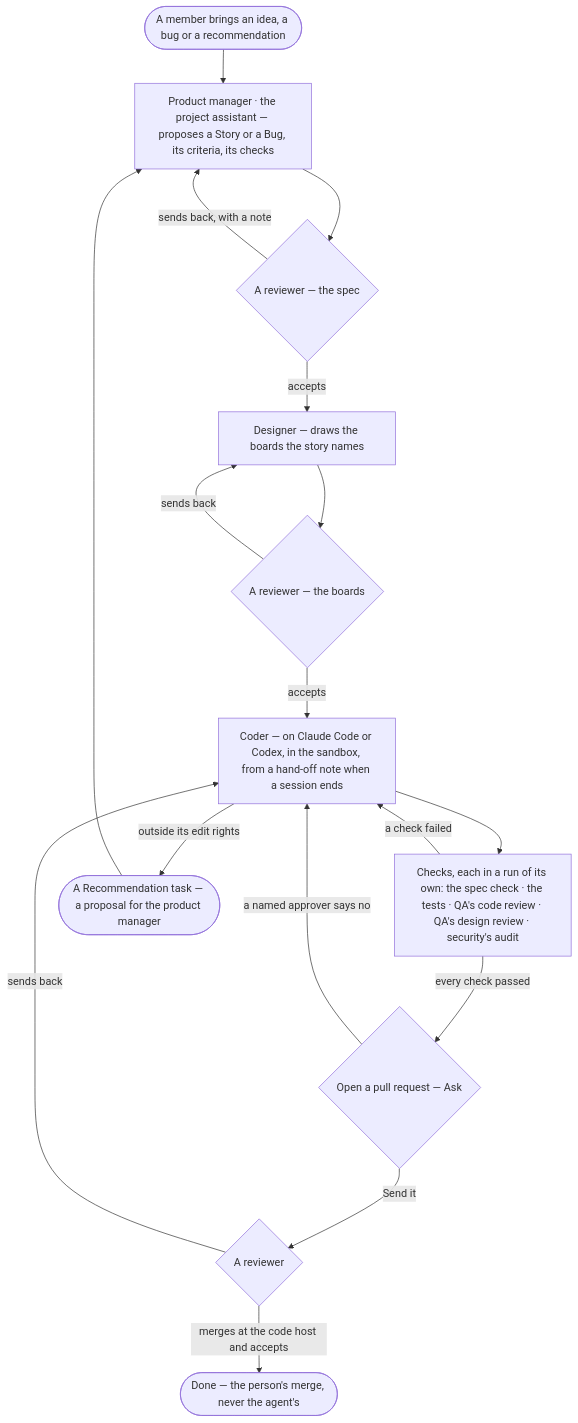
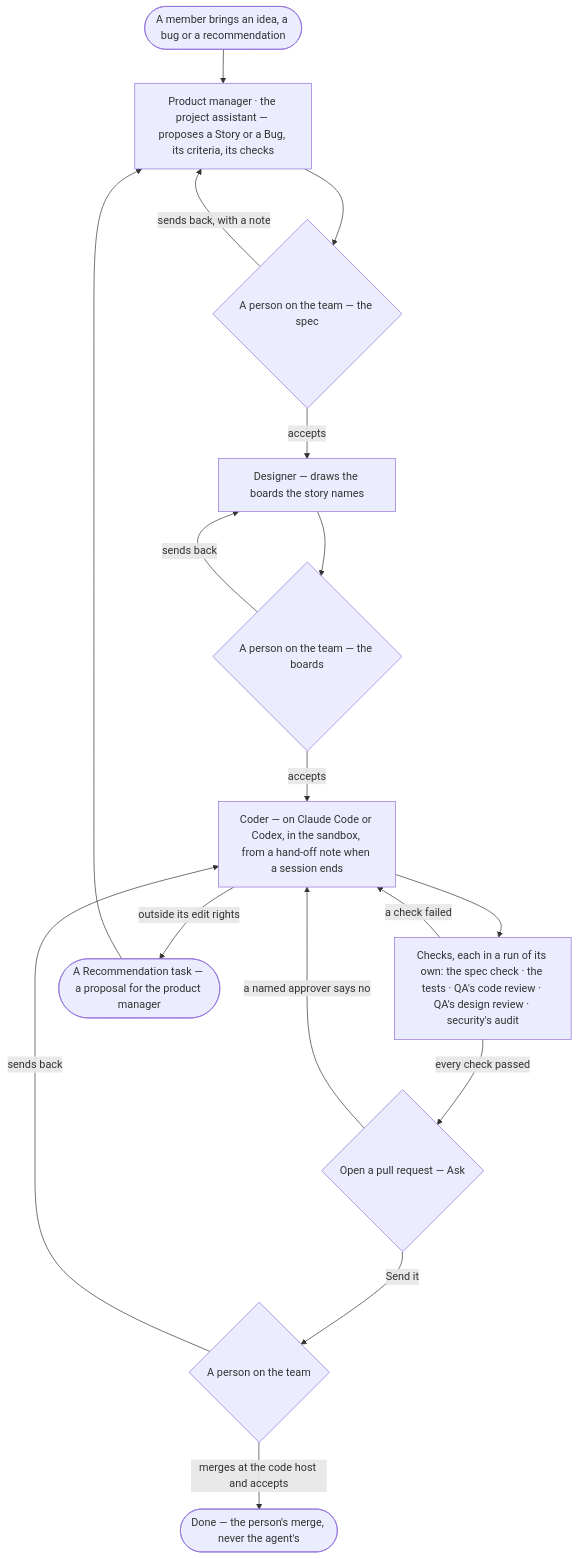
One commit to invana/invana changed the diagram in specs/packs/software-delivery.md. Above: the diagram before and after it, drawn with Mermaid. The commit also changed other lines of this file and 106 other files, not shown here.

````diff
--- a/specs/packs/software-delivery.md
+++ b/specs/packs/software-delivery.md
@@ -35,19 +35,19 @@
 ```mermaid
 flowchart TD
   idea([A member brings an idea, a bug or a recommendation]) --> pm["Product manager · the project assistant — proposes a Story or a Bug, its criteria, its checks"]
-  pm --> sr{"A reviewer — the spec"}
+  pm --> sr{"A person on the team — the spec"}
   sr -->|sends back, with a note| pm
   sr -->|accepts| ds["Designer — draws the boards the story names"]
-  ds --> br{"A reviewer — the boards"}
+  ds --> br{"A person on the team — the boards"}
   br -->|sends back| ds
   br -->|accepts| cd["Coder — on Claude Code or Codex, in the sandbox, from a hand-off note when a session ends"]
   cd --> ck["Checks, each in a run of its own: the spec check · the tests · QA's code review · QA's design review · security's audit"]
   ck -->|a check failed| cd
   ck -->|every check passed| pr{"Open a pull request — Ask"}
   pr -->|a named approver says no| cd
-  pr -->|Send it| rv{"A reviewer"}
+  pr -->|Send it| rv{"A person on the team"}
   rv -->|merges at the code host and accepts| done(["Done — the person's merge, never the agent's"])
   rv -->|sends back| cd
   cd -->|outside its edit rights| rec(["A Recommendation task — a proposal for the product manager"])
   rec --> pm
 ```
````
